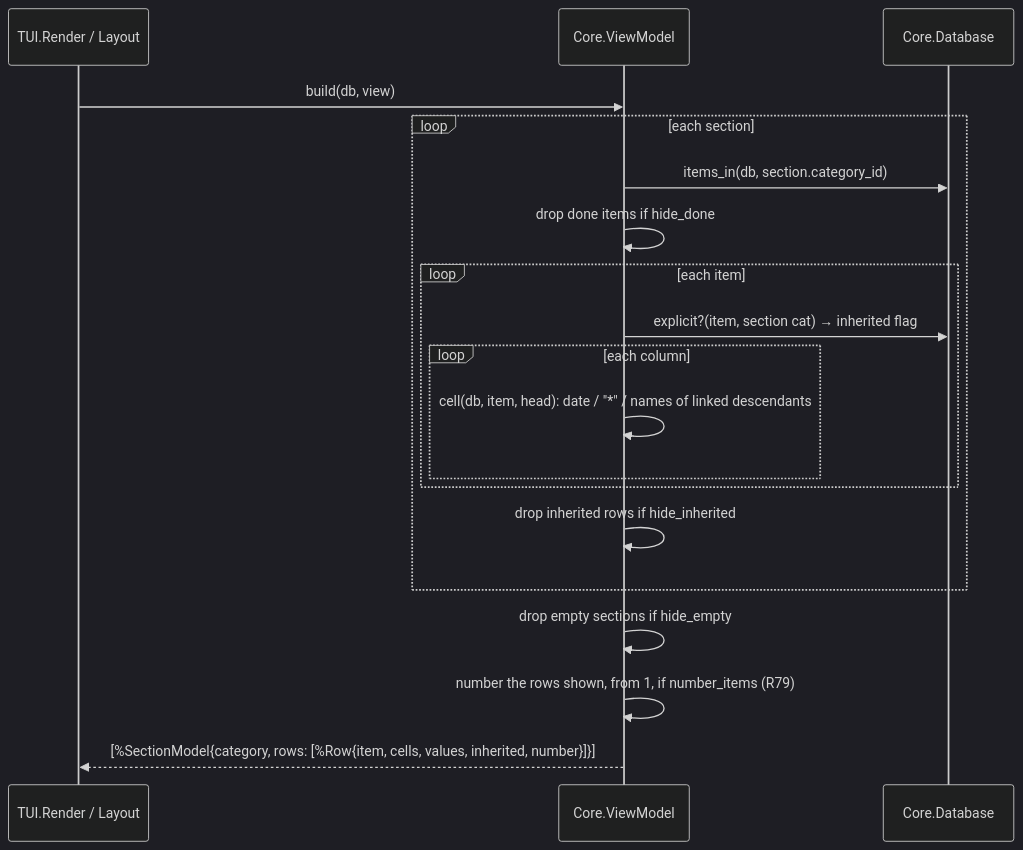
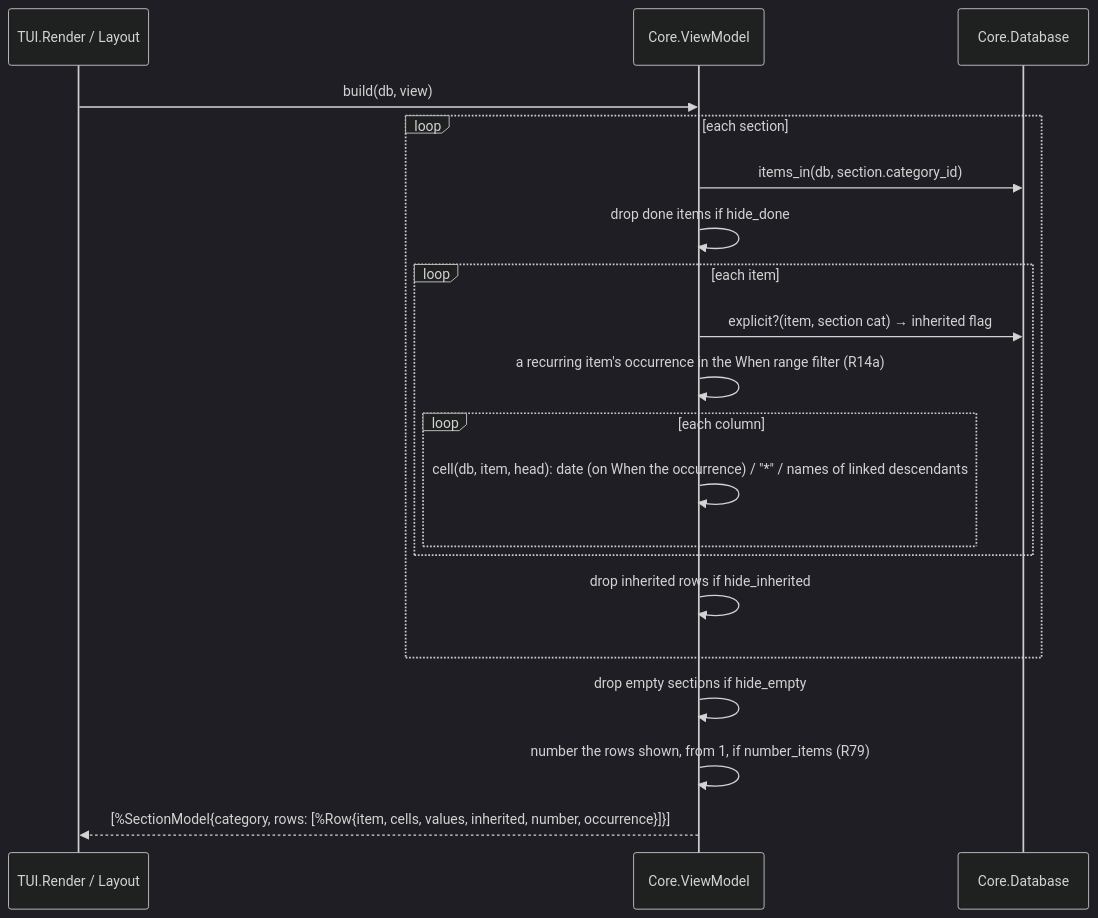
Before and after one commit to jamting/agendum: the seventh of 7 diagrams in docs/DATA_ACCESS.md, drawn with Mermaid (dark theme). The commit also changed 7 other files, not shown here.

First line of the commit message:
Recurring items on every date they recur: the records, v0.22.0 (R14a)

````diff
--- a/docs/DATA_ACCESS.md
+++ b/docs/DATA_ACCESS.md
@@ -340,21 +340,22 @@
 ```mermaid
 sequenceDiagram
     participant R as TUI.Render / Layout
     participant VM as Core.ViewModel
     participant D as Core.Database
     R->>VM: build(db, view)
     loop each section
         VM->>D: items_in(db, section.category_id)
         VM->>VM: drop done items if hide_done
         loop each item
             VM->>D: explicit?(item, section cat) → inherited flag
+            VM->>VM: a recurring item's occurrence in the When range filter (R14a)
             loop each column
-                VM->>VM: cell(db, item, head): date / "*" / names of linked descendants
+                VM->>VM: cell(db, item, head): date (on When the occurrence) / "*" / names of linked descendants
             end
         end
         VM->>VM: drop inherited rows if hide_inherited
     end
     VM->>VM: drop empty sections if hide_empty
     VM->>VM: number the rows shown, from 1, if number_items (R79)
-    VM-->>R: [%SectionModel{category, rows: [%Row{item, cells, values, inherited, number}]}]
+    VM-->>R: [%SectionModel{category, rows: [%Row{item, cells, values, inherited, number, occurrence}]}]
 ```
````
